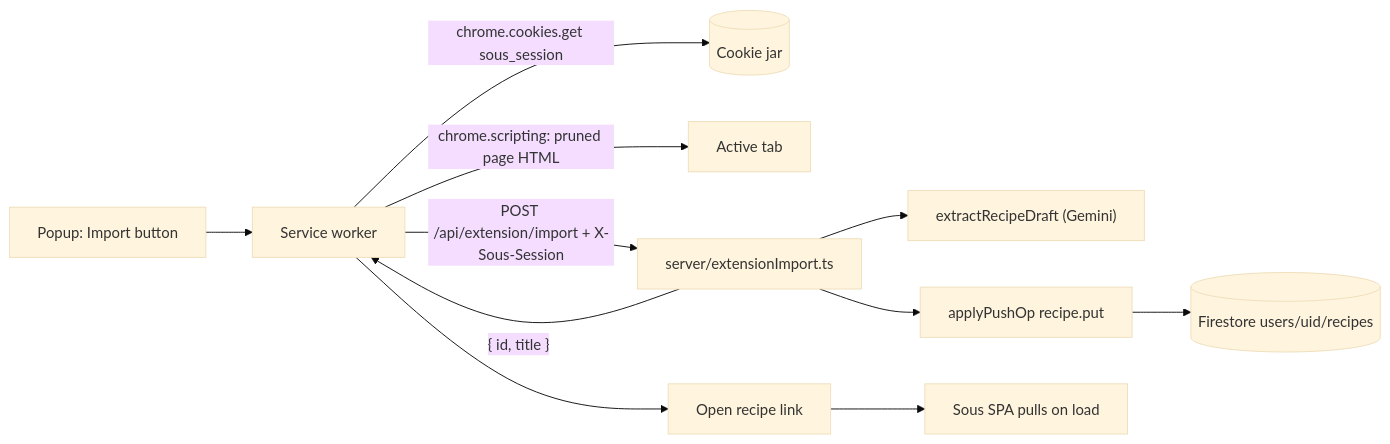
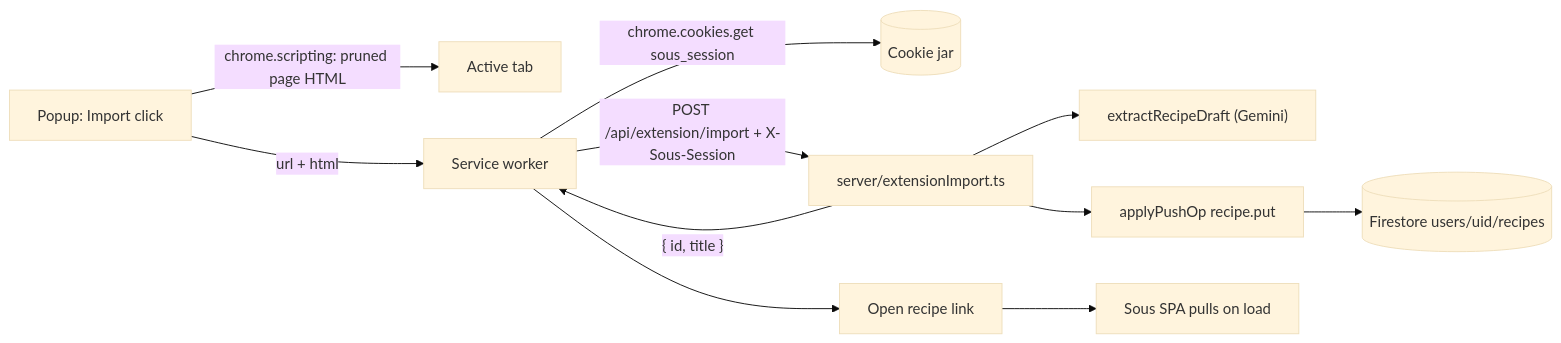
Before and after one commit to Bluefire2/cook: the diagram in docs/plans/chrome-extension-import.md, drawn with Mermaid (base theme). The commit also changed other lines of this file and 10 other files, not shown here.

First line of the commit message:
Extension import sends tab HTML, never fetches the URL (#14)

````diff
--- a/docs/plans/chrome-extension-import.md
+++ b/docs/plans/chrome-extension-import.md
@@ -45,13 +45,13 @@
 ```mermaid
 flowchart LR
-  popup["Popup: Import button"] --> sw["Service worker"]
+  popup["Popup: Import click"] -->|"chrome.scripting: pruned page HTML"| tab["Active tab"]
+  popup -->|"url + html"| sw["Service worker"]
   sw -->|"chrome.cookies.get sous_session"| cookie[("Cookie jar")]
-  sw -->|"chrome.scripting: pruned page HTML"| tab["Active tab"]
   sw -->|"POST /api/extension/import + X-Sous-Session"| route["server/extensionImport.ts"]
   route --> gemini["extractRecipeDraft (Gemini)"]
   route --> apply["applyPushOp recipe.put"]
   apply --> fs[("Firestore users/uid/recipes")]
   route -->|"{ id, title }"| sw
   sw --> link["Open recipe link"]
   link --> app["Sous SPA pulls on load"]
 ```
````
